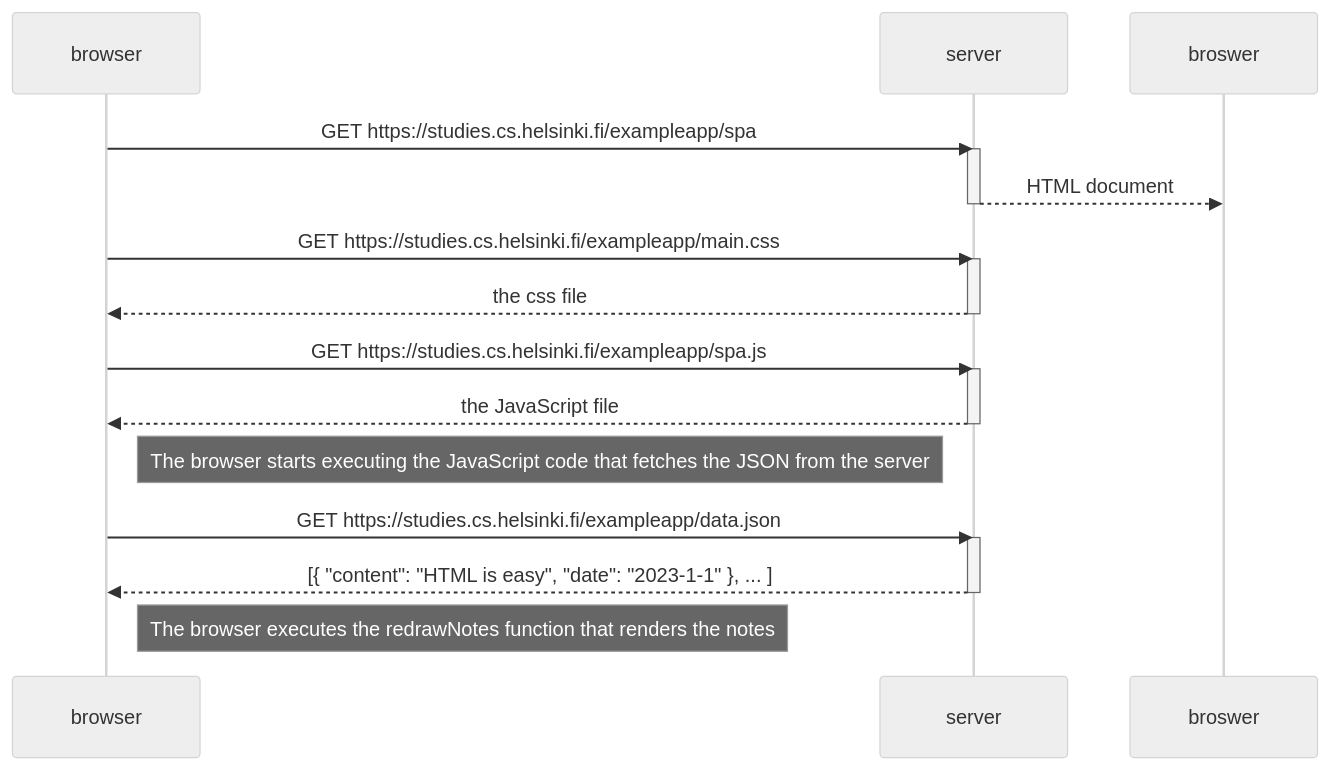
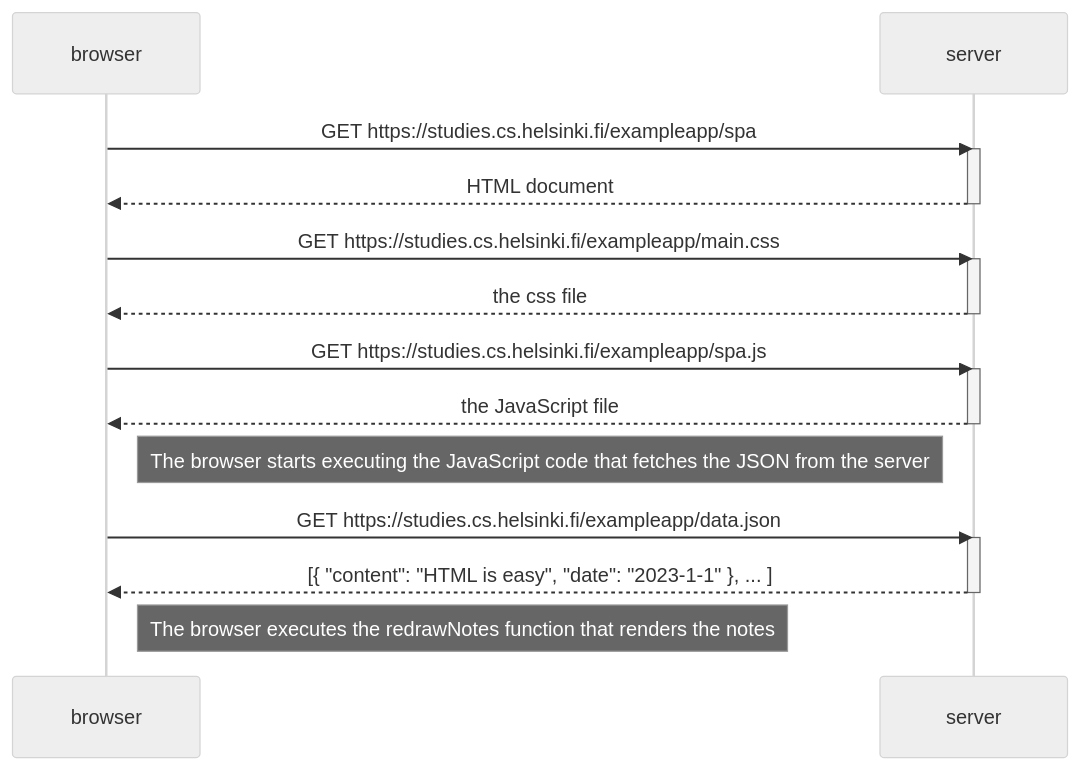
Before and after one commit to jvitor79/full-stack-open: the diagram in part0/0.5/diagram.md, drawn with Mermaid (neutral theme). The commit also changed 2 other files, not shown here.

Commit message:
Typing fixes

````diff
--- a/part0/0.5/diagram.md
+++ b/part0/0.5/diagram.md
@@ -1,29 +1,29 @@
 ```mermaid
 sequenceDiagram
     participant browser
     participant server
 
     browser->>server: GET https://studies.cs.helsinki.fi/exampleapp/spa
     activate server
-    server-->>broswer: HTML document
+    server-->>browser: HTML document
     deactivate server
 
     browser->>server: GET https://studies.cs.helsinki.fi/exampleapp/main.css
     activate server
     server-->>browser: the css file
     deactivate server
 
     browser->>server: GET https://studies.cs.helsinki.fi/exampleapp/spa.js
     activate server
     server-->>browser: the JavaScript file
     deactivate server
 
     Note right of browser: The browser starts executing the JavaScript code that fetches the JSON from the server
 
     browser->>server: GET https://studies.cs.helsinki.fi/exampleapp/data.json
     activate server
     server-->>browser: [{ "content": "HTML is easy", "date": "2023-1-1" }, ... ]
     deactivate server
 
     Note right of browser: The browser executes the redrawNotes function that renders the notes 
 ```
````
